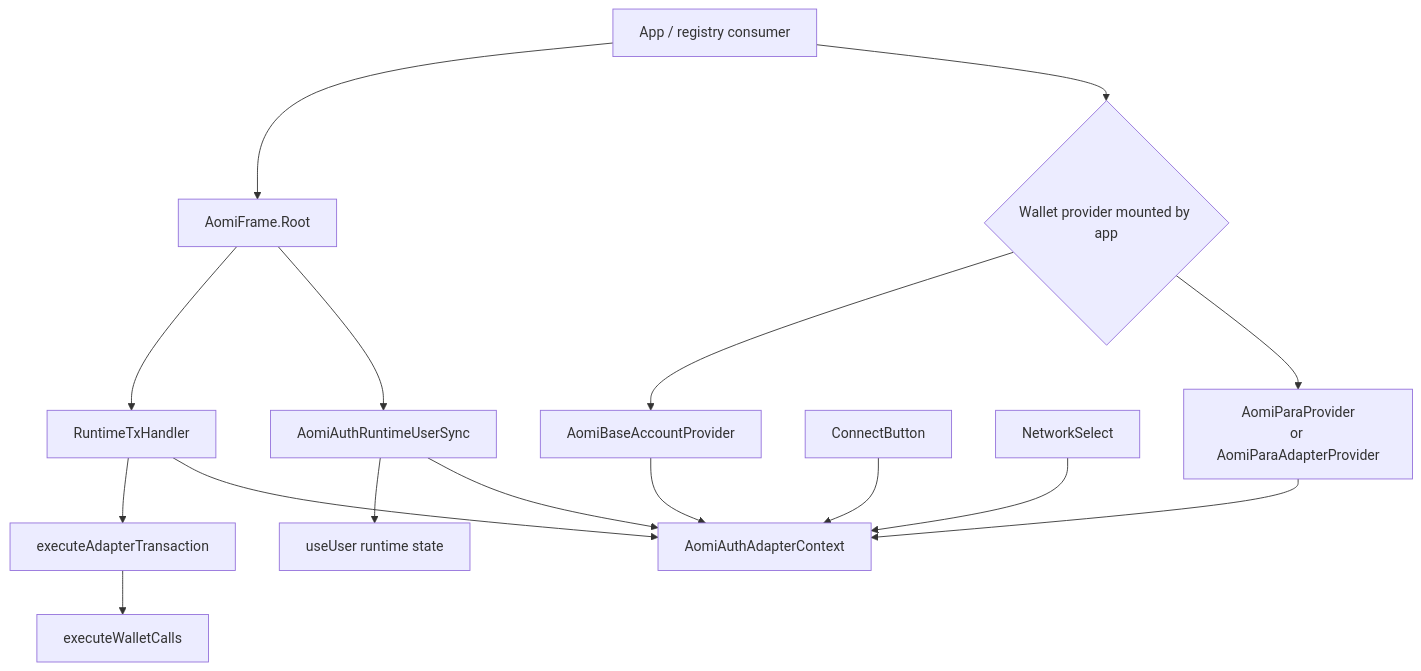
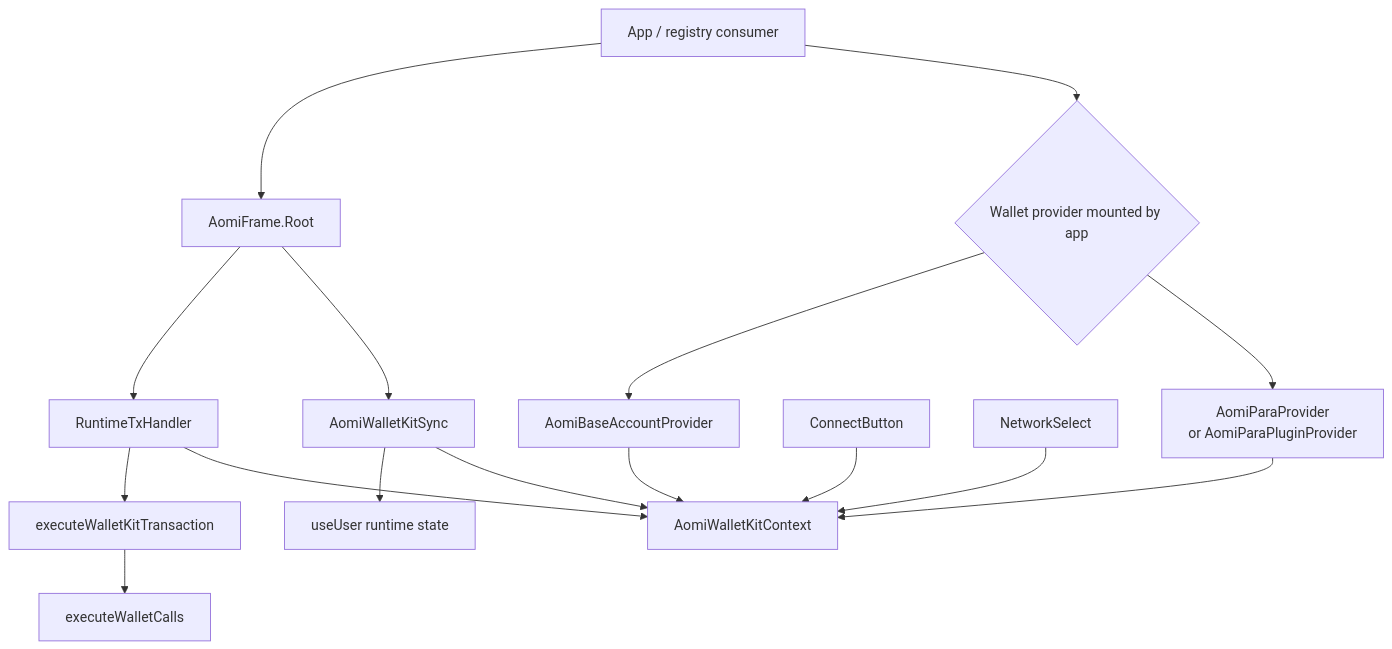
One commit to aomi-labs/aomi-widget changed the second of 24 diagrams in specs/WALLET-ADAPTERS-ARCH.md. Above: the diagram before and after it, drawn with Mermaid. The commit also changed other lines of this file and 200 other files, not shown here.

````diff
--- a/specs/WALLET-ADAPTERS-ARCH.md
+++ b/specs/WALLET-ADAPTERS-ARCH.md
@@ -106,32 +106,32 @@
 ```mermaid
 graph TD
   App["App / registry consumer"]
   ProviderChoice{"Wallet provider mounted by app"}
-  ParaProvider["AomiParaProvider<br/>or AomiParaAdapterProvider"]
+  ParaProvider["AomiParaProvider<br/>or AomiParaPluginProvider"]
   BaseProvider["AomiBaseAccountProvider"]
-  AdapterContext["AomiAuthAdapterContext"]
+  AdapterContext["AomiWalletKitContext"]
   AomiFrame["AomiFrame.Root"]
-  UserSync["AomiAuthRuntimeUserSync"]
+  UserSync["AomiWalletKitSync"]
   ConnectButton["ConnectButton"]
   NetworkSelect["NetworkSelect"]
   RuntimeTxHandler["RuntimeTxHandler"]
-  SharedExecution["executeAdapterTransaction"]
+  SharedExecution["executeWalletKitTransaction"]
   ClientExecution["executeWalletCalls"]
   RuntimeUser["useUser runtime state"]
 
   App --> ProviderChoice
   ProviderChoice --> ParaProvider
   ProviderChoice --> BaseProvider
   ParaProvider --> AdapterContext
   BaseProvider --> AdapterContext
   App --> AomiFrame
   AomiFrame --> UserSync
   AomiFrame --> RuntimeTxHandler
   ConnectButton --> AdapterContext
   NetworkSelect --> AdapterContext
   UserSync --> AdapterContext
   UserSync --> RuntimeUser
   RuntimeTxHandler --> AdapterContext
   RuntimeTxHandler --> SharedExecution
   SharedExecution --> ClientExecution
 ```
````
